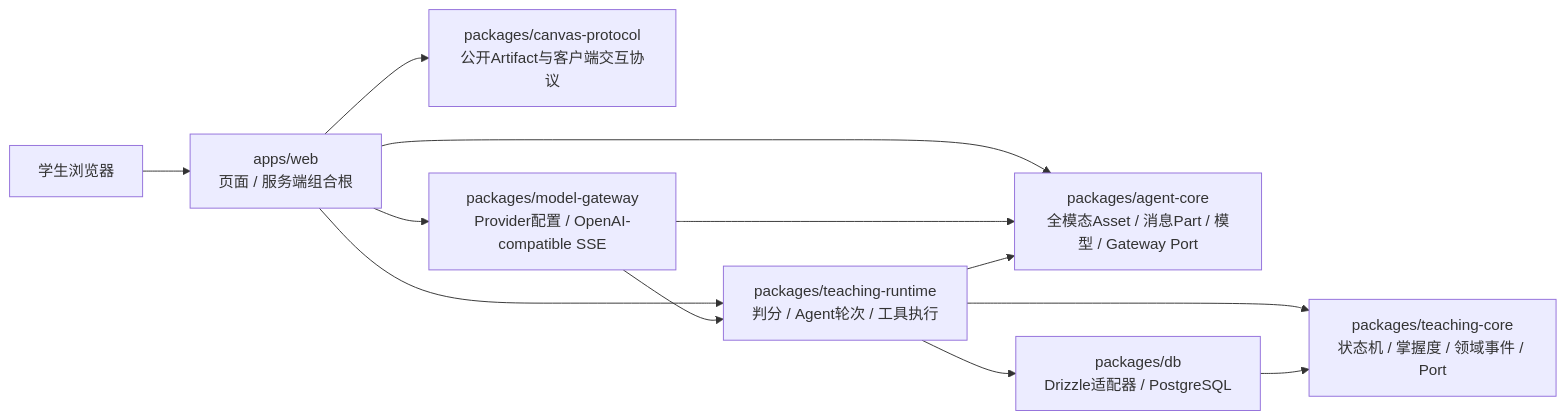
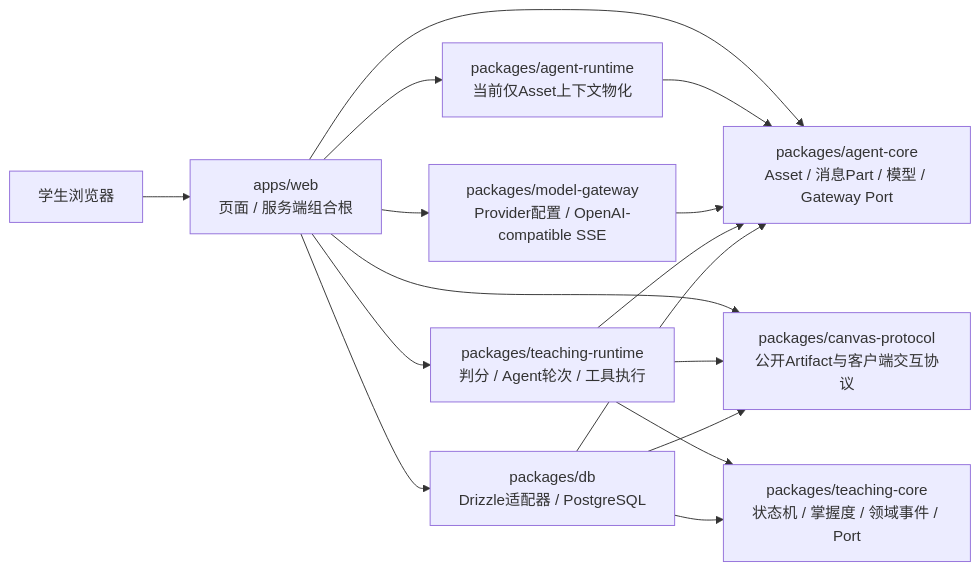
One commit to Timcai06/EduCanvas changed the second of 3 diagrams in docs/02-architecture/system-architecture.md. Above: the diagram before and after it, drawn with Mermaid. The commit also changed other lines of this file and 25 other files, not shown here.

````diff
--- a/docs/02-architecture/system-architecture.md
+++ b/docs/02-architecture/system-architecture.md
@@ -38,14 +38,18 @@
 ```mermaid
 flowchart LR
     student[学生浏览器] --> web["apps/web<br/>页面 / 服务端组合根"]
-    web --> agent["packages/agent-core<br/>全模态Asset / 消息Part / 模型 / Gateway Port"]
+    web --> agent["packages/agent-core<br/>Asset / 消息Part / 模型 / Gateway Port"]
+    web --> agentRuntime["packages/agent-runtime<br/>当前仅Asset上下文物化"]
     web --> canvas["packages/canvas-protocol<br/>公开Artifact与客户端交互协议"]
     web --> runtime["packages/teaching-runtime<br/>判分 / Agent轮次 / 工具执行"]
     web --> gateway["packages/model-gateway<br/>Provider配置 / OpenAI-compatible SSE"]
+    web --> db["packages/db<br/>Drizzle适配器 / PostgreSQL"]
+    agentRuntime --> agent
     gateway --> agent
     runtime --> agent
+    runtime --> canvas
     runtime --> teaching["packages/teaching-core<br/>状态机 / 掌握度 / 领域事件 / Port"]
-    runtime --> db["packages/db<br/>Drizzle适配器 / PostgreSQL"]
-    gateway --> runtime
     db --> teaching
+    db --> agent
+    db --> canvas
 ```
````
